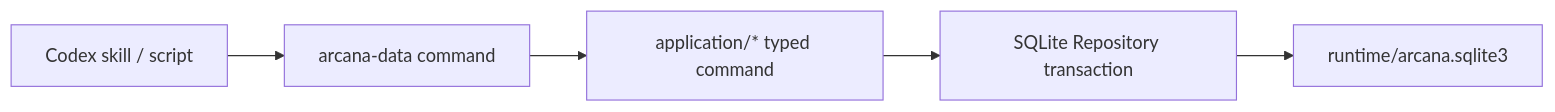
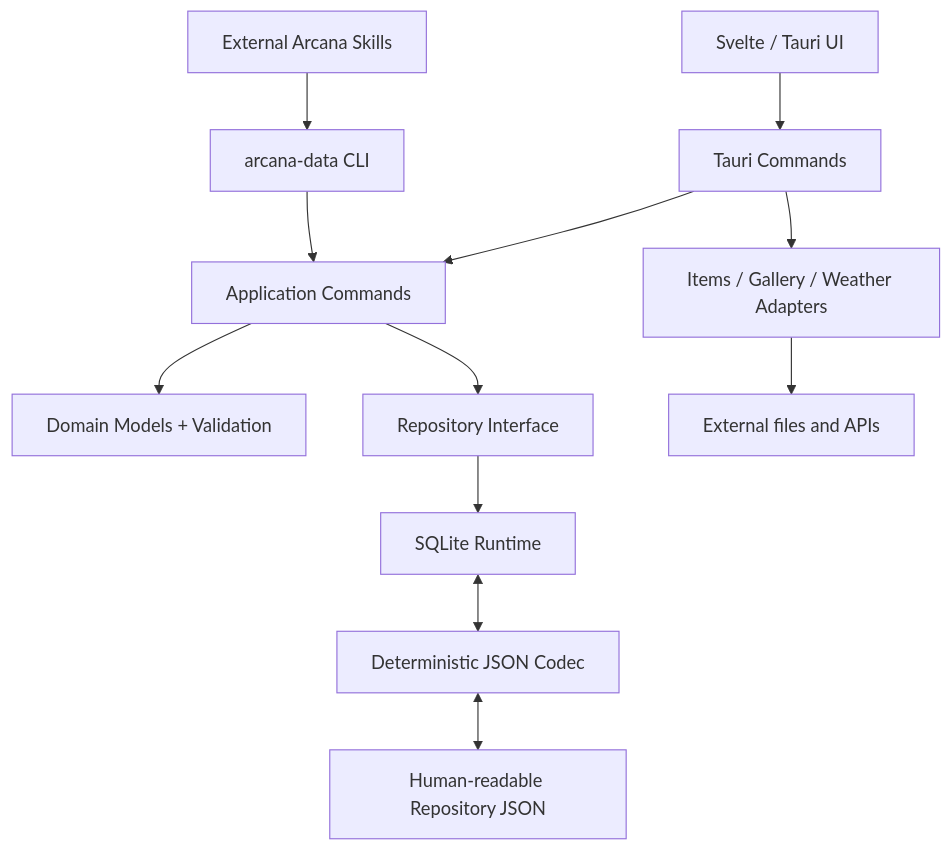
One commit to FollyCoolly/Arcana changed the diagram in docs/architecture.md. Above: the diagram before and after it, drawn with Mermaid. The commit also changed other lines of this file and 64 other files, not shown here.

````diff
--- a/docs/architecture.md
+++ b/docs/architecture.md
@@ -394,7 +10,27 @@
 ```mermaid
-flowchart LR
-    Skill["Codex skill / script"] --> CLI["arcana-data command"]
-    CLI --> Application["application/* typed command"]
-    Application --> Repository["SQLite Repository transaction"]
-    Repository --> SQLite["runtime/arcana.sqlite3"]
+flowchart TB
+    UI["Svelte / Tauri UI"]
+    Skills["External Arcana Skills"]
+    CLI["arcana-data CLI"]
+    IPC["Tauri Commands"]
+    App["Application Commands"]
+    Domain["Domain Models + Validation"]
+    Repo["Repository Interface"]
+    SQLite["SQLite Runtime"]
+    Codec["Deterministic JSON Codec"]
+    Json["Human-readable Repository JSON"]
+    Adapters["Items / Gallery / Weather Adapters"]
+    External["External files and APIs"]
+
+    UI --> IPC
+    IPC --> App
+    Skills --> CLI
+    CLI --> App
+    App --> Domain
+    App --> Repo
+    Repo --> SQLite
+    SQLite <--> Codec
+    Codec <--> Json
+    IPC --> Adapters
+    Adapters --> External
 ```
````
